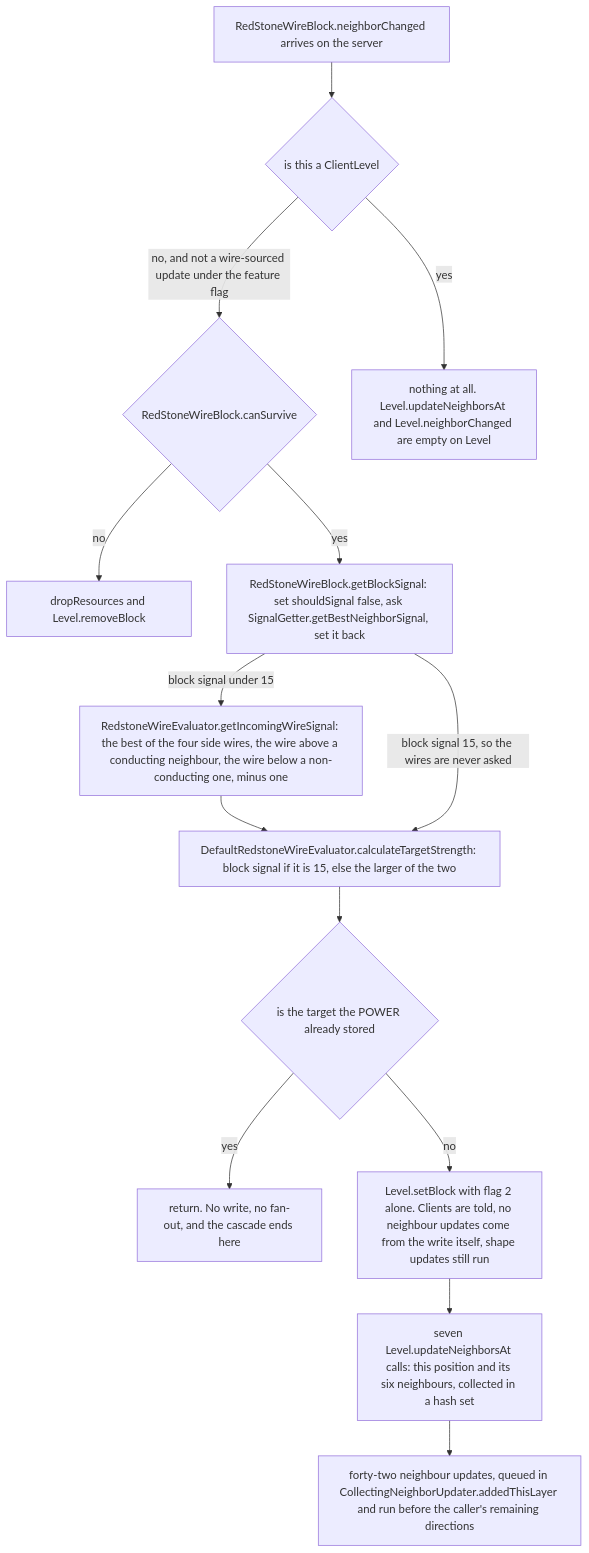
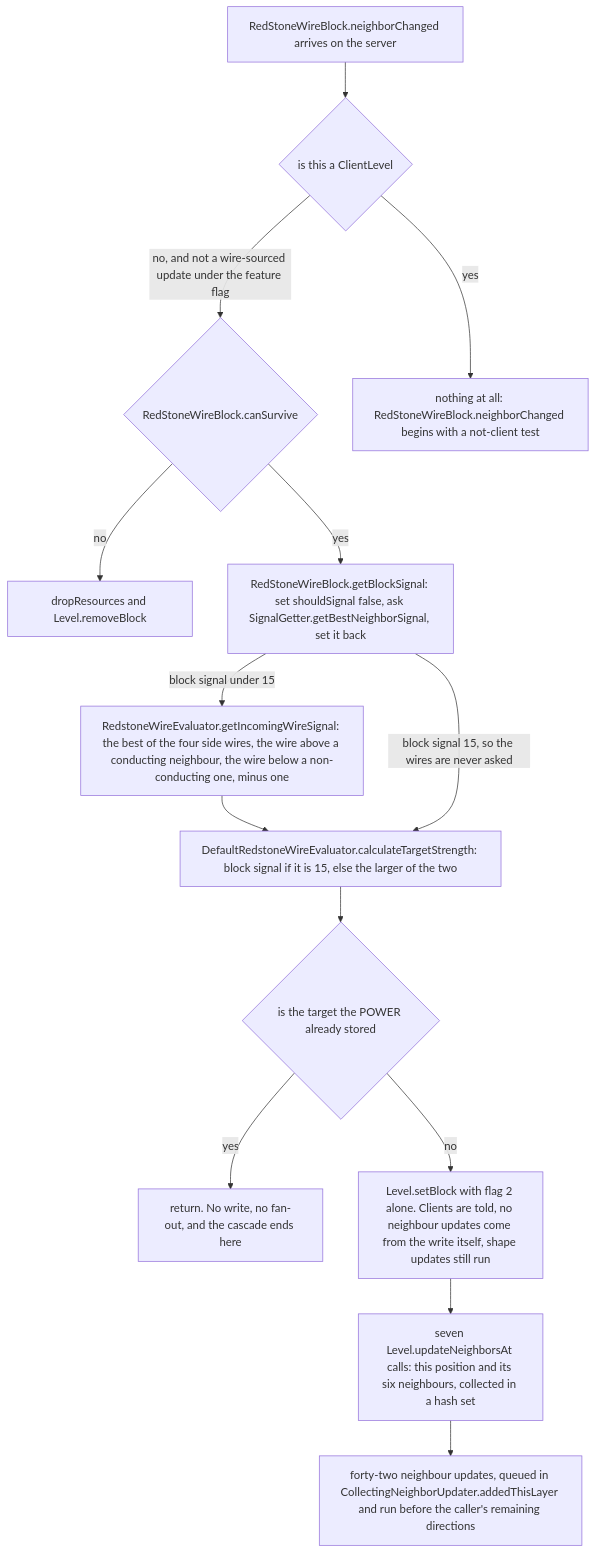
Before and after one commit to AlexanderjFraser/MinecraftDocs: the first of 2 diagrams in src/systems/blocks/signal-and-dust.md, drawn with Mermaid. The commit also changed other lines of this file and 14 other files, not shown here.

````diff
--- a/src/systems/blocks/signal-and-dust.md
+++ b/src/systems/blocks/signal-and-dust.md
@@ -43,26 +42,26 @@
 ```mermaid
 flowchart TB
     IN["RedStoneWireBlock.neighborChanged arrives on the server"]
     CLIENT{"is this a ClientLevel"}
     SURV{"RedStoneWireBlock.canSurvive"}
     DROP["dropResources and Level.removeBlock"]
-    NOTHING["nothing at all. Level.updateNeighborsAt and Level.neighborChanged are empty on Level"]
+    NOTHING["nothing at all: RedStoneWireBlock.neighborChanged begins with a not-client test"]
     BLK["RedStoneWireBlock.getBlockSignal: set shouldSignal false, ask SignalGetter.getBestNeighborSignal, set it back"]
     WIRE["RedstoneWireEvaluator.getIncomingWireSignal: the best of the four side wires, the wire above a conducting neighbour, the wire below a non-conducting one, minus one"]
     TARGET["DefaultRedstoneWireEvaluator.calculateTargetStrength: block signal if it is 15, else the larger of the two"]
     SAME{"is the target the POWER already stored"}
     STOP["return. No write, no fan-out, and the cascade ends here"]
     WRITE["Level.setBlock with flag 2 alone. Clients are told, no neighbour updates come from the write itself, shape updates still run"]
     FAN["seven Level.updateNeighborsAt calls: this position and its six neighbours, collected in a hash set"]
     OUT["forty-two neighbour updates, queued in CollectingNeighborUpdater.addedThisLayer and run before the caller's remaining directions"]
     IN --> CLIENT
     CLIENT -- "yes" --> NOTHING
     CLIENT -- "no, and not a wire-sourced update under the feature flag" --> SURV
     SURV -- "no" --> DROP
     SURV -- "yes" --> BLK
     BLK -- "block signal under 15" --> WIRE --> TARGET
     BLK -- "block signal 15, so the wires are never asked" --> TARGET
     TARGET --> SAME
     SAME -- "yes" --> STOP
     SAME -- "no" --> WRITE --> FAN --> OUT
 ```
````
